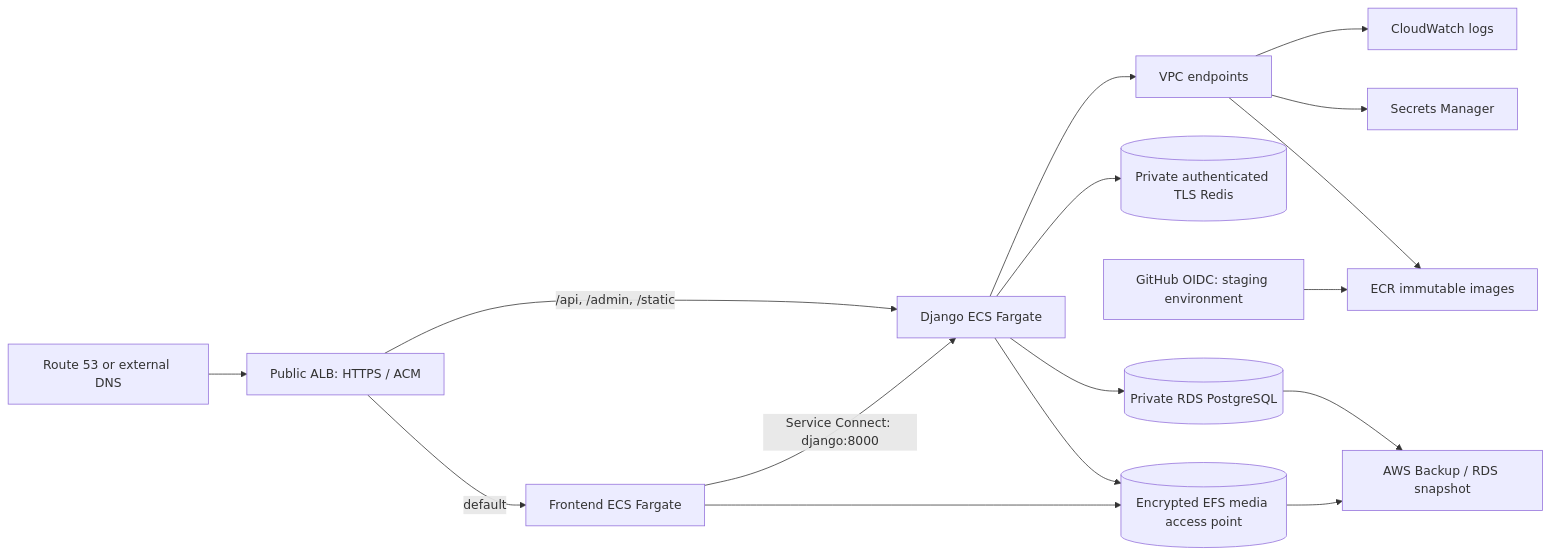
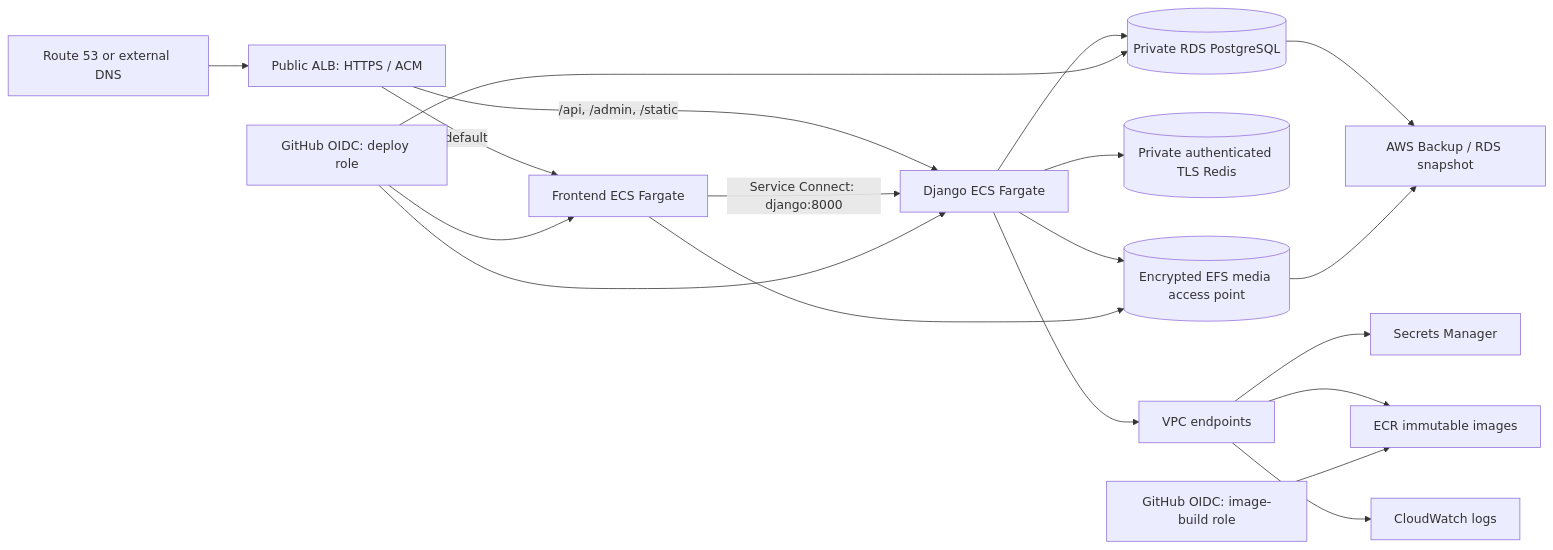
Before and after one commit to hoangquocquan/Django-web-t-123: the diagram in docs/staging/AWS_STAGING_ARCHITECTURE.md, drawn with Mermaid. The commit also changed other lines of this file and 30 other files, not shown here.

````diff
--- a/docs/staging/AWS_STAGING_ARCHITECTURE.md
+++ b/docs/staging/AWS_STAGING_ARCHITECTURE.md
@@ -3,18 +3,21 @@
 ```mermaid
 flowchart LR
   DNS[Route 53 or external DNS] --> ALB[Public ALB: HTTPS / ACM]
   ALB -->|/api, /admin, /static| DJANGO[Django ECS Fargate]
   ALB -->|default| WEB[Frontend ECS Fargate]
   WEB -->|Service Connect: django:8000| DJANGO
   DJANGO --> RDS[(Private RDS PostgreSQL)]
   DJANGO --> REDIS[(Private authenticated TLS Redis)]
   DJANGO --> EFS[(Encrypted EFS media access point)]
   WEB --> EFS
   DJANGO --> VPCE[VPC endpoints]
   VPCE --> SECRETS[Secrets Manager]
   VPCE --> ECR[ECR immutable images]
   VPCE --> CW[CloudWatch logs]
   RDS --> BACKUP[AWS Backup / RDS snapshot]
   EFS --> BACKUP
-  CI[GitHub OIDC: staging environment] --> ECR
+  BUILD[GitHub OIDC: image-build role] --> ECR
+  DEPLOY[GitHub OIDC: deploy role] --> DJANGO
+  DEPLOY --> WEB
+  DEPLOY --> RDS
 ```
````
